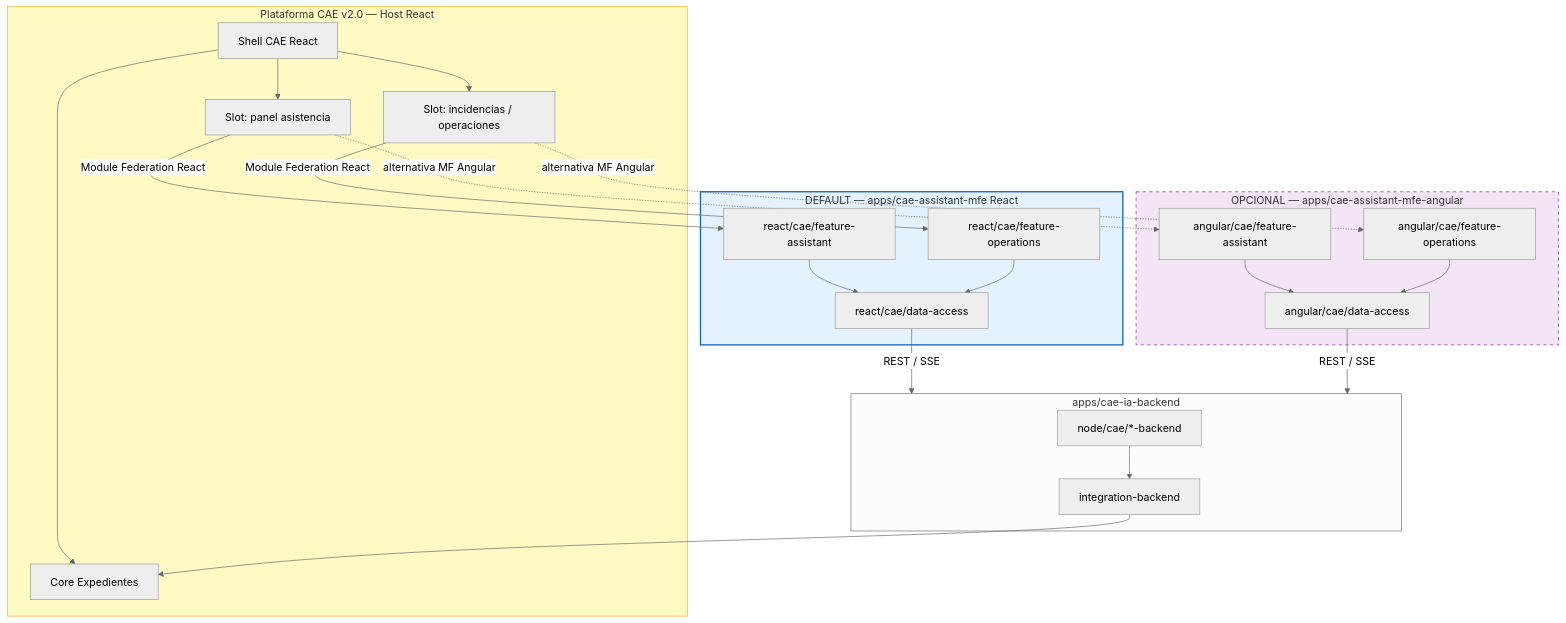
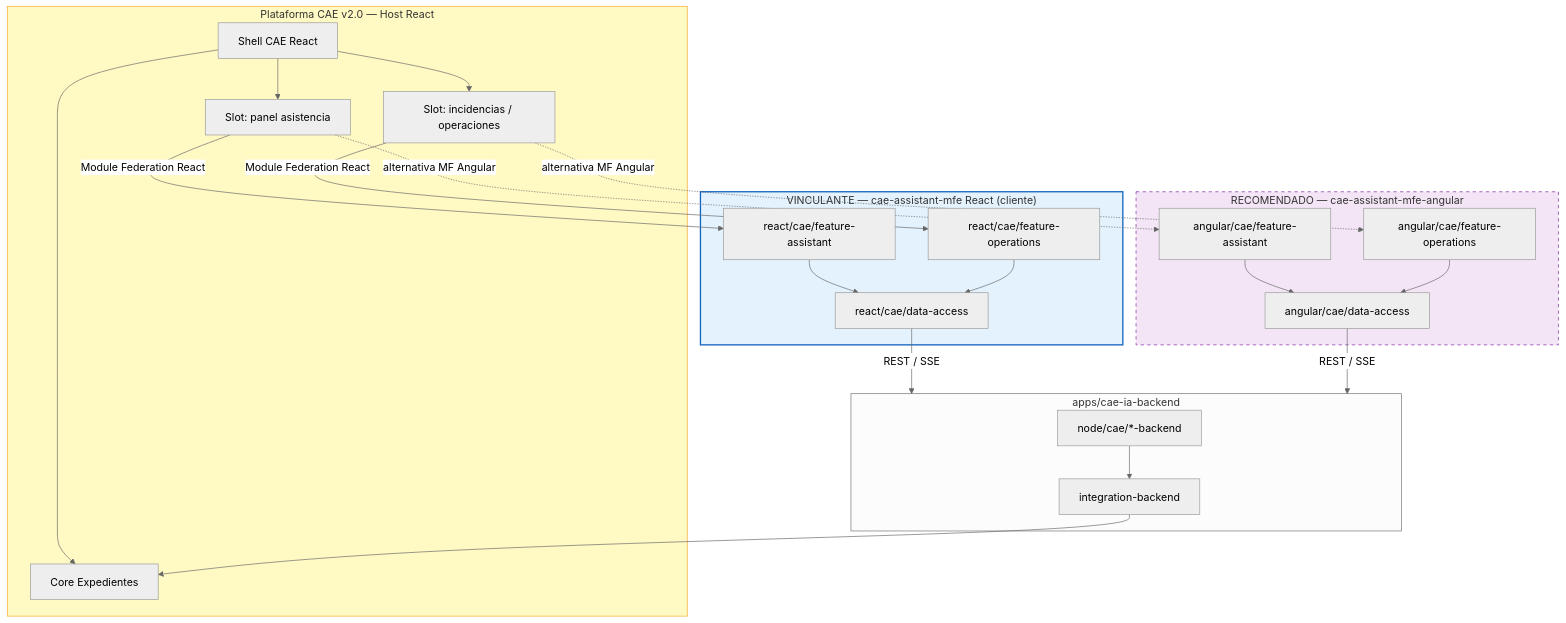
One commit to angelnietos/erp changed the fourth of 14 diagrams in caedocs/DISENO-TECNICO-v3.0.md. Above: the diagram before and after it, drawn with Mermaid (neutral theme). The commit also changed other lines of this file and 7 other files, not shown here.

````diff
--- a/caedocs/DISENO-TECNICO-v3.0.md
+++ b/caedocs/DISENO-TECNICO-v3.0.md
@@ -421,42 +435,42 @@
 ```mermaid
 flowchart TB
     subgraph CAE20["Plataforma CAE v2.0 — Host React"]
         SHELL["Shell CAE React"]
         CORE["Core Expedientes"]
         SLOT1["Slot: panel asistencia"]
         SLOT2["Slot: incidencias / operaciones"]
         SHELL --> CORE
         SHELL --> SLOT1 & SLOT2
     end
 
-    subgraph MFE_REACT["DEFAULT — apps/cae-assistant-mfe React"]
+    subgraph MFE_REACT["VINCULANTE — cae-assistant-mfe React (cliente)"]
         R_FA["react/cae/feature-assistant"]
         R_FO["react/cae/feature-operations"]
         R_DA["react/cae/data-access"]
         R_FA & R_FO --> R_DA
     end
 
-    subgraph MFE_NG["OPCIONAL — apps/cae-assistant-mfe-angular"]
+    subgraph MFE_NG["RECOMENDADO — cae-assistant-mfe-angular"]
         N_FA["angular/cae/feature-assistant"]
         N_FO["angular/cae/feature-operations"]
         N_DA["angular/cae/data-access"]
         N_FA & N_FO --> N_DA
     end
 
     subgraph API["apps/cae-ia-backend"]
         BE["node/cae/*-backend"]
         ACL["integration-backend"]
         BE --> ACL
     end
 
     SLOT1 -->|Module Federation React| R_FA
     SLOT2 -->|Module Federation React| R_FO
     SLOT1 -.->|alternativa MF Angular| N_FA
     SLOT2 -.->|alternativa MF Angular| N_FO
     R_DA & N_DA -->|REST / SSE| API
     ACL --> CORE
 
     style MFE_REACT fill:#e3f2fd,stroke:#1565c0,stroke-width:2px
     style MFE_NG fill:#f3e5f5,stroke:#7b1fa2,stroke-dasharray:5 5
     style CAE20 fill:#fff9c4,stroke:#f9a825
 ```
````
